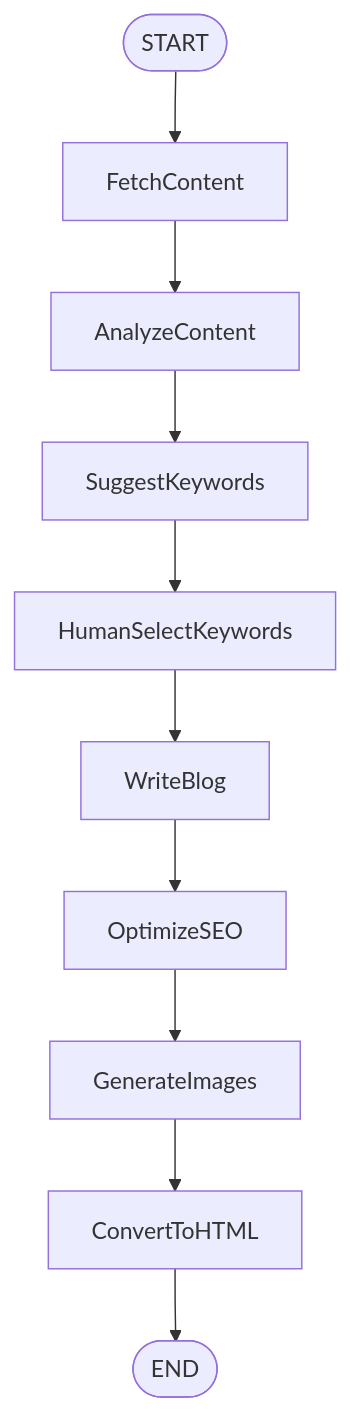
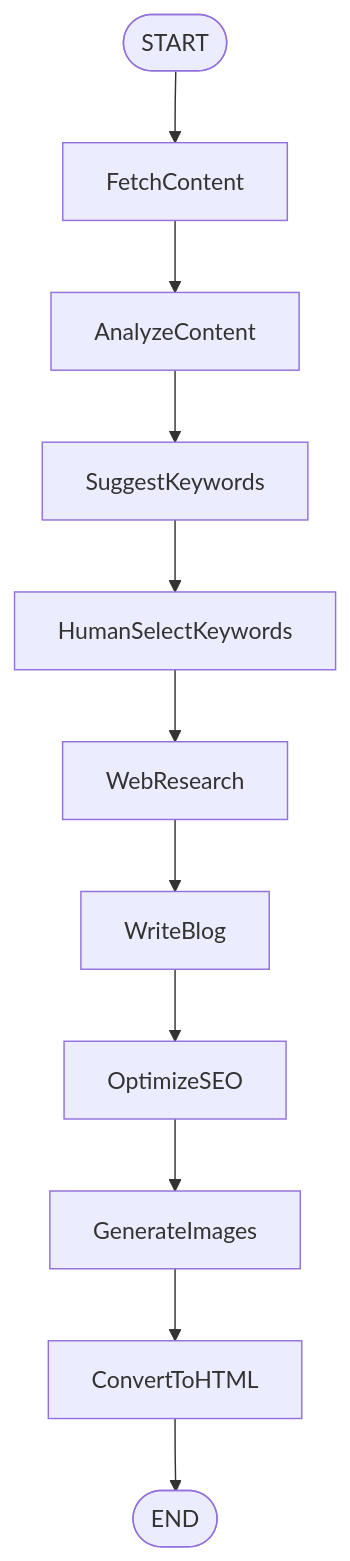
Before and after one commit to WithModulabs/blog-agent: the diagram in casts/blog_writer/CLAUDE.md, drawn with Mermaid. The commit also changed other lines of this file and 18 other files, not shown here.

Commit message:
✨ feat: Add web research node with Tavily search integration

````diff
--- a/casts/blog_writer/CLAUDE.md
+++ b/casts/blog_writer/CLAUDE.md
@@ -15,12 +15,13 @@
 ```mermaid
 graph TD
     START([START]) --> FetchContent
     FetchContent --> AnalyzeContent
     AnalyzeContent --> SuggestKeywords
     SuggestKeywords --> HumanSelectKeywords
-    HumanSelectKeywords --> WriteBlog
+    HumanSelectKeywords --> WebResearch
+    WebResearch --> WriteBlog
     WriteBlog --> OptimizeSEO
     OptimizeSEO --> GenerateImages
     GenerateImages --> ConvertToHTML
     ConvertToHTML --> END([END])
 ```
````
